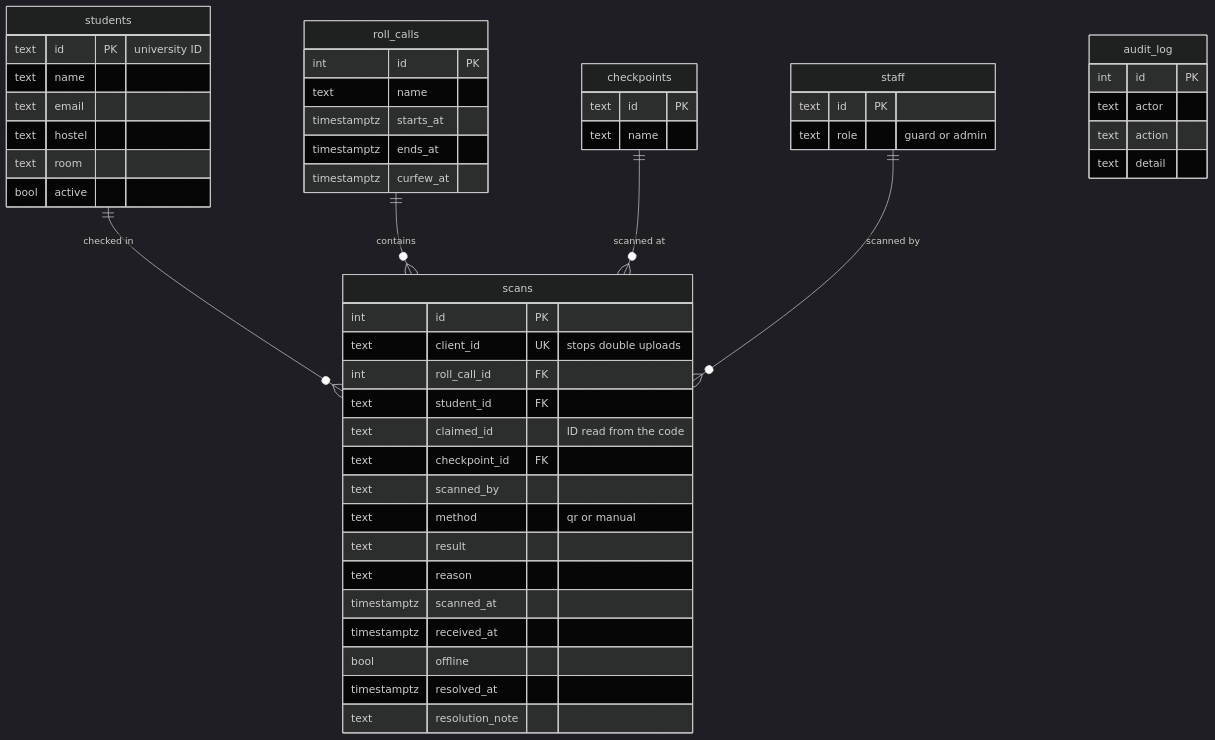
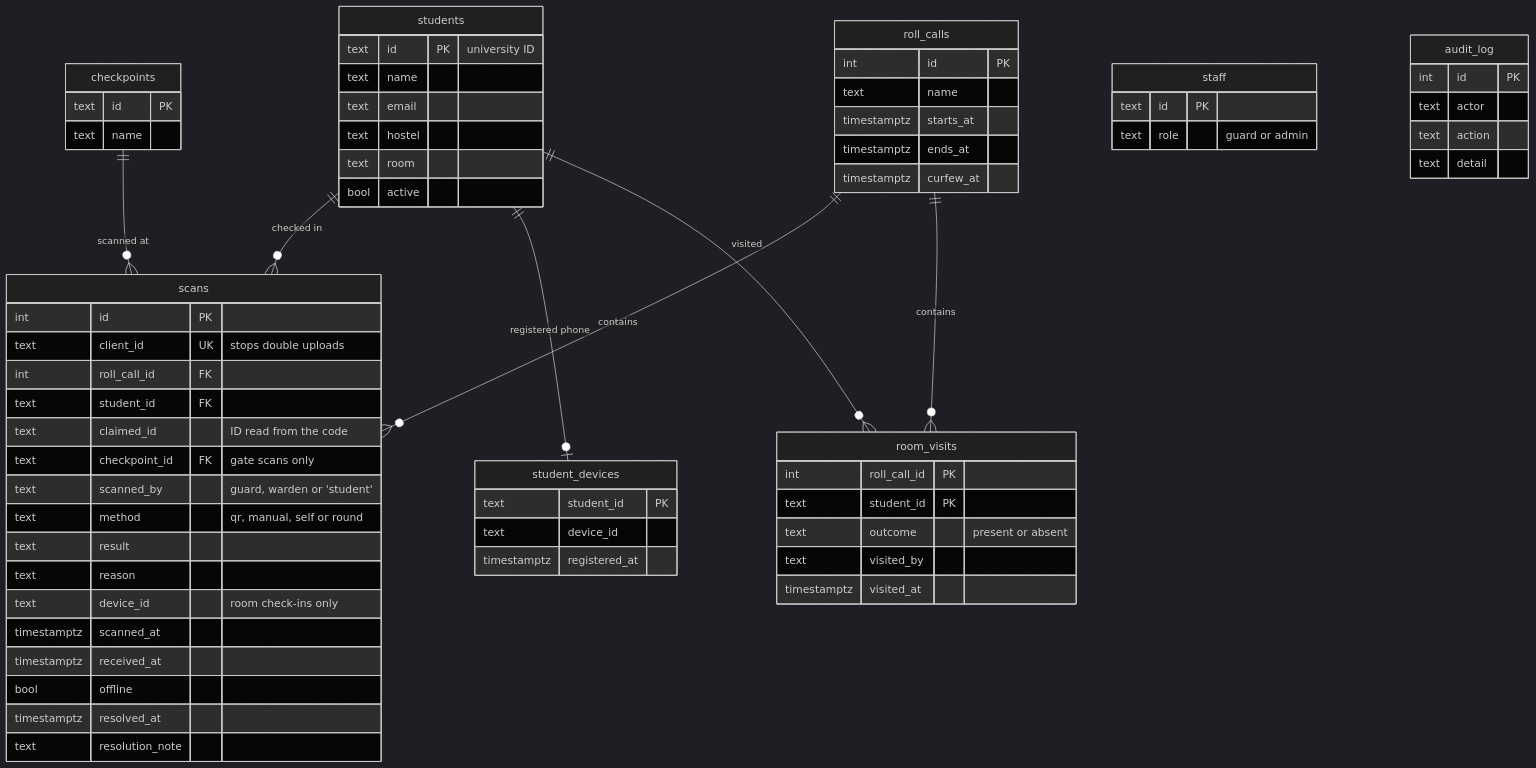
The third of 3 diagrams in docs/TECHNICAL.md (RithikhC/CampusOPS), drawn with Mermaid (dark theme) before and after one commit. The commit also changed other lines of this file and 13 other files, not shown here.

First line of the commit message:
Update README, docs, screenshots and demo video for room check-in and rounds

````diff
--- a/docs/TECHNICAL.md
+++ b/docs/TECHNICAL.md
@@ -80,53 +146,68 @@
 ```mermaid
 erDiagram
     students ||--o{ scans : "checked in"
+    students ||--o| student_devices : "registered phone"
+    students ||--o{ room_visits : "visited"
     roll_calls ||--o{ scans : contains
+    roll_calls ||--o{ room_visits : contains
     checkpoints ||--o{ scans : "scanned at"
-    staff ||--o{ scans : "scanned by"
     students {
       text id PK "university ID"
       text name
       text email
       text hostel
       text room
       bool active
     }
     roll_calls {
       int id PK
       text name
       timestamptz starts_at
       timestamptz ends_at
       timestamptz curfew_at
     }
     scans {
       int id PK
       text client_id UK "stops double uploads"
       int roll_call_id FK
       text student_id FK
       text claimed_id "ID read from the code"
-      text checkpoint_id FK
-      text scanned_by
-      text method "qr or manual"
+      text checkpoint_id FK "gate scans only"
+      text scanned_by "guard, warden or 'student'"
+      text method "qr, manual, self or round"
       text result
       text reason
+      text device_id "room check-ins only"
       timestamptz scanned_at
       timestamptz received_at
       bool offline
       timestamptz resolved_at
       text resolution_note
+    }
+    student_devices {
+      text student_id PK
+      text device_id
+      timestamptz registered_at
+    }
+    room_visits {
+      int roll_call_id PK
+      text student_id PK
+      text outcome "present or absent"
+      text visited_by
+      timestamptz visited_at
     }
     staff {
       text id PK
       text role "guard or admin"
     }
     checkpoints {
       text id PK
       text name
     }
     audit_log {
       int id PK
       text actor
       text action
       text detail
     }
 ```
````
